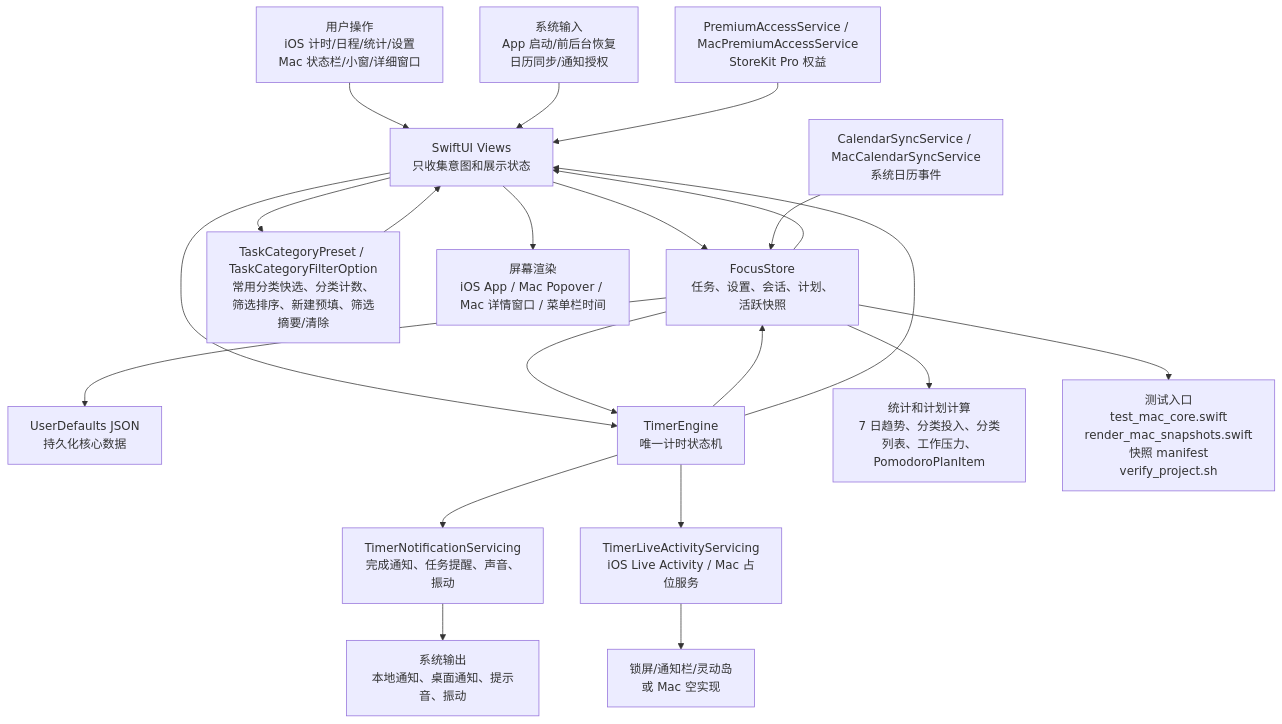
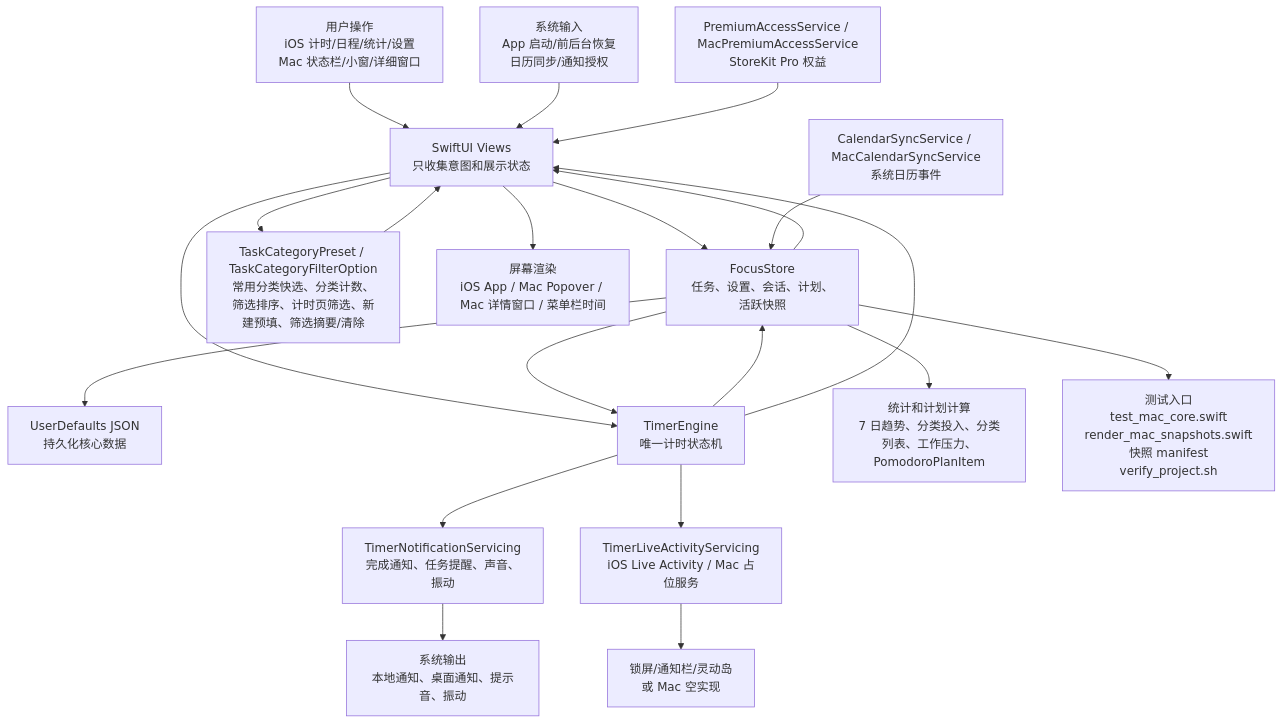
One commit to Altman-sam114/114 changed the first of 6 diagrams in md/flow/flowchart.md. Above: the diagram before and after it, drawn with Mermaid. The commit also changed other lines of this file and 7 other files, not shown here.

````diff
--- a/md/flow/flowchart.md
+++ b/md/flow/flowchart.md
@@ -9,23 +9,23 @@
 ```mermaid
 flowchart TD
   U["用户操作<br/>iOS 计时/日程/统计/设置<br/>Mac 状态栏/小窗/详细窗口"] --> V["SwiftUI Views<br/>只收集意图和展示状态"]
   SYS["系统输入<br/>App 启动/前后台恢复<br/>日历同步/通知授权"] --> V
   V --> S["FocusStore<br/>任务、设置、会话、计划、活跃快照"]
-  V --> CAT["TaskCategoryPreset / TaskCategoryFilterOption<br/>常用分类快选、分类计数、筛选排序、新建预填、筛选摘要/清除"]
+  V --> CAT["TaskCategoryPreset / TaskCategoryFilterOption<br/>常用分类快选、分类计数、筛选排序、计时页筛选、新建预填、筛选摘要/清除"]
   CAT --> V
   S --> P["UserDefaults JSON<br/>持久化核心数据"]
   V --> E["TimerEngine<br/>唯一计时状态机"]
   S --> E
   E --> S
   E --> N["TimerNotificationServicing<br/>完成通知、任务提醒、声音、振动"]
   E --> L["TimerLiveActivityServicing<br/>iOS Live Activity / Mac 占位服务"]
   S --> C["统计和计划计算<br/>7 日趋势、分类投入、分类列表、工作压力、PomodoroPlanItem"]
   CAL["CalendarSyncService / MacCalendarSyncService<br/>系统日历事件"] --> S
   PRO["PremiumAccessService / MacPremiumAccessService<br/>StoreKit Pro 权益"] --> V
   S --> V
   E --> V
   V --> OUT["屏幕渲染<br/>iOS App / Mac Popover / Mac 详情窗口 / 菜单栏时间"]
   N --> OUT2["系统输出<br/>本地通知、桌面通知、提示音、振动"]
   L --> OUT3["锁屏/通知栏/灵动岛<br/>或 Mac 空实现"]
   S --> T["测试入口<br/>test_mac_core.swift<br/>render_mac_snapshots.swift<br/>快照 manifest<br/>verify_project.sh"]
 ```
````
